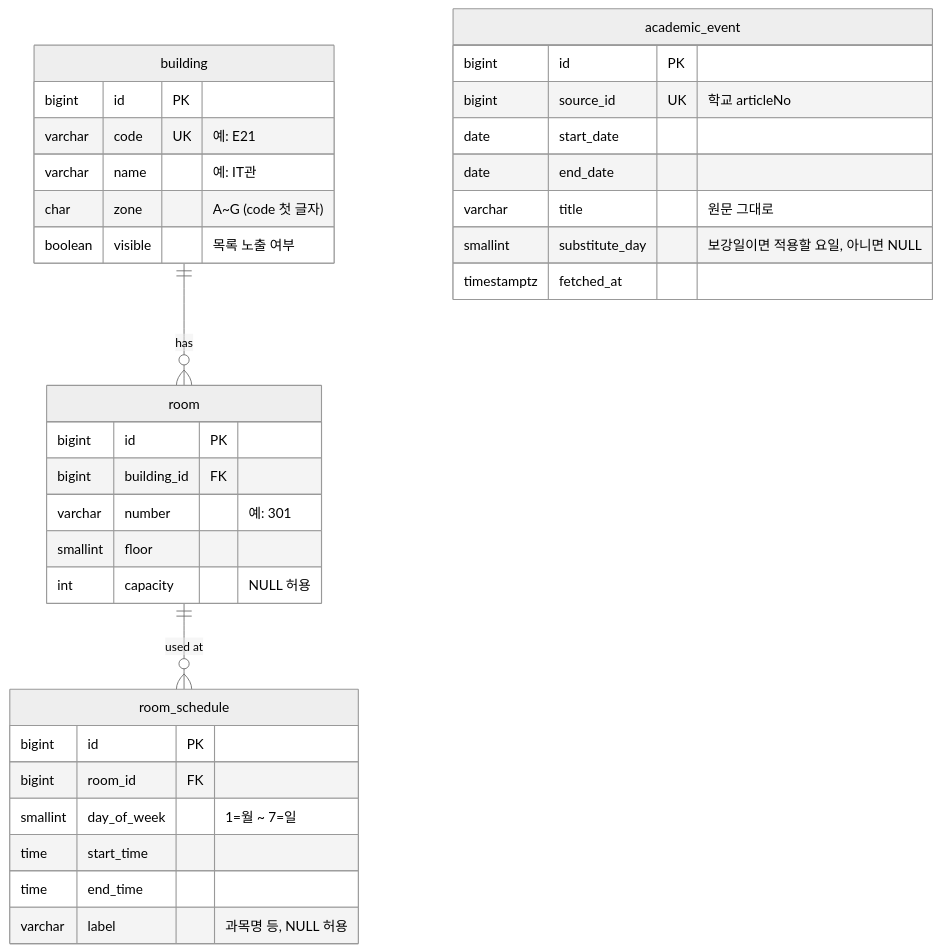
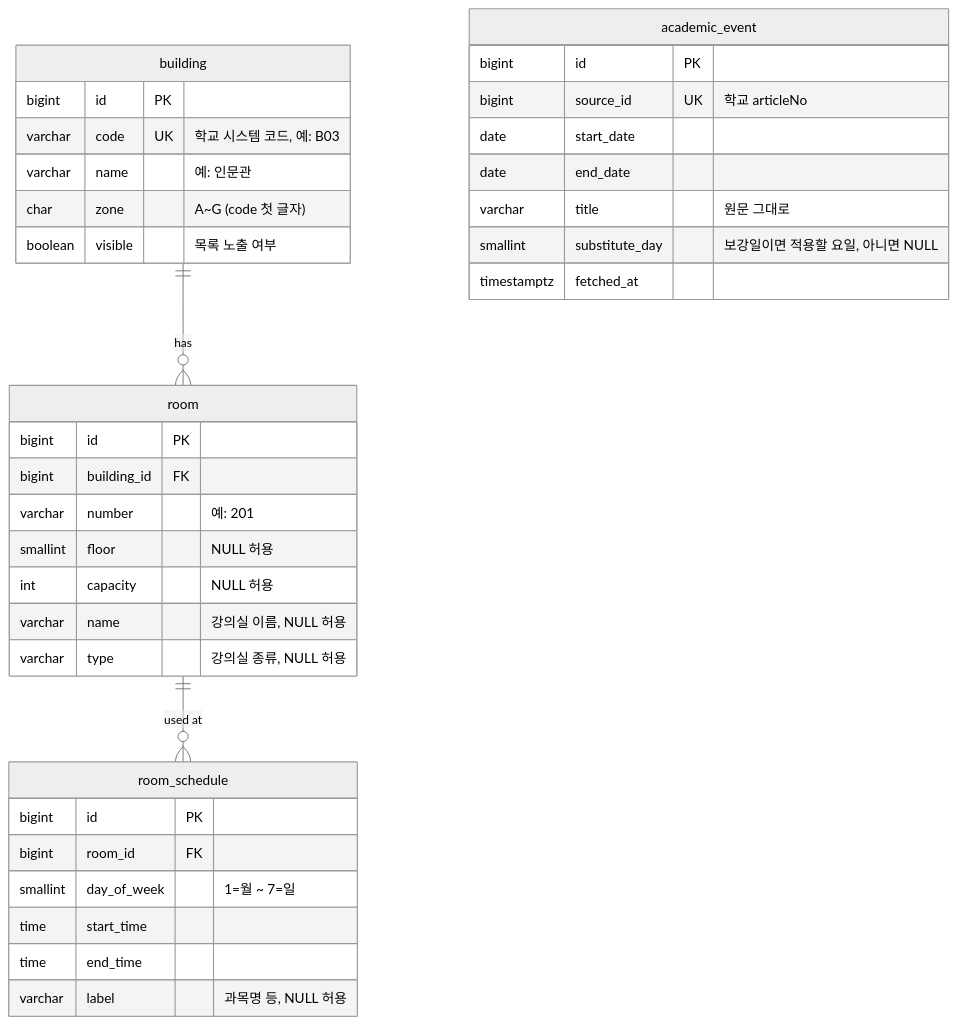
One commit to eastminnn/bingang changed the diagram in docs/erd.md. Above: the diagram before and after it, drawn with Mermaid (neutral theme). The commit also changed other lines of this file and 14 other files, not shown here.

````diff
--- a/docs/erd.md
+++ b/docs/erd.md
@@ -5,37 +5,39 @@
 ```mermaid
 erDiagram
     building ||--o{ room : has
     room ||--o{ room_schedule : "used at"
 
     building {
         bigint id PK
-        varchar code UK "예: E21"
-        varchar name "예: IT관"
+        varchar code UK "학교 시스템 코드, 예: B03"
+        varchar name "예: 인문관"
         char zone "A~G (code 첫 글자)"
         boolean visible "목록 노출 여부"
     }
     room {
         bigint id PK
         bigint building_id FK
-        varchar number "예: 301"
-        smallint floor
+        varchar number "예: 201"
+        smallint floor "NULL 허용"
         int capacity "NULL 허용"
+        varchar name "강의실 이름, NULL 허용"
+        varchar type "강의실 종류, NULL 허용"
     }
     room_schedule {
         bigint id PK
         bigint room_id FK
         smallint day_of_week "1=월 ~ 7=일"
         time start_time
         time end_time
         varchar label "과목명 등, NULL 허용"
     }
     academic_event {
         bigint id PK
         bigint source_id UK "학교 articleNo"
         date start_date
         date end_date
         varchar title "원문 그대로"
         smallint substitute_day "보강일이면 적용할 요일, 아니면 NULL"
         timestamptz fetched_at
     }
 ```
````
